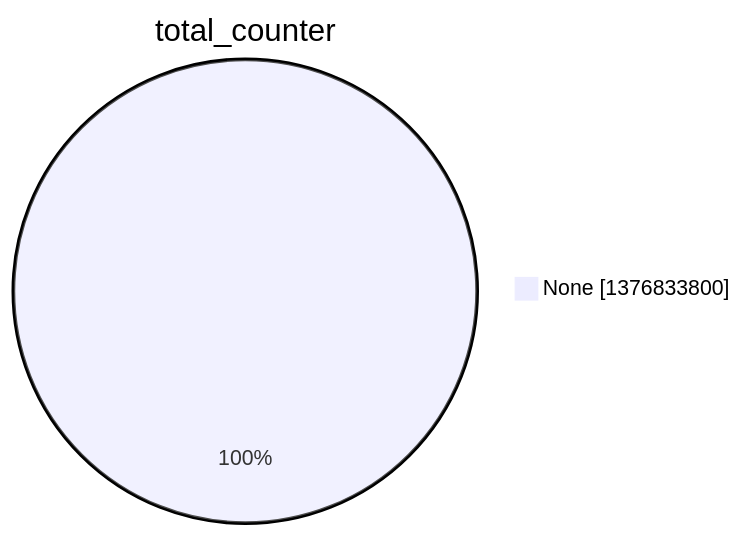
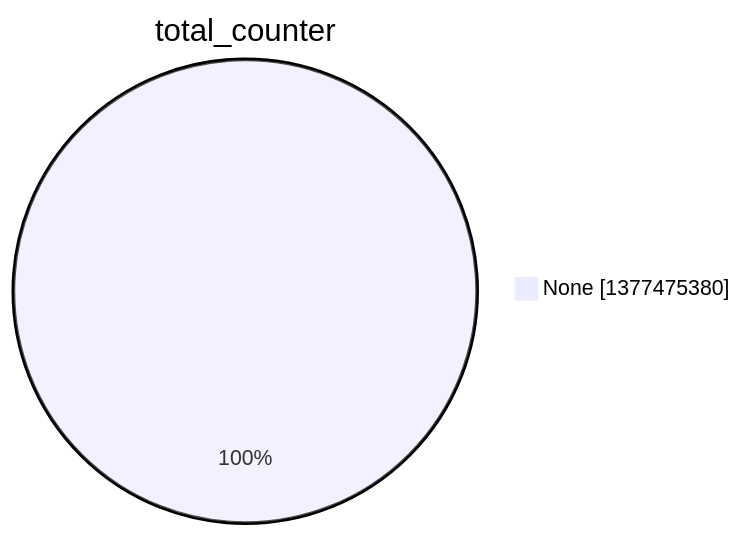
One commit to christiankrug/ctmonitor_visualization changed the second of 15 diagrams in argon2022/README.md. Above: the diagram before and after it, drawn with Mermaid. The commit also changed other lines of this file, not shown here.

````diff
--- a/argon2022/README.md
+++ b/argon2022/README.md
@@ -9,5 +9,5 @@
 ```mermaid
 pie showData
 title total_counter
-"None" :1376833800
+"None" :1377475380
 ```
````
